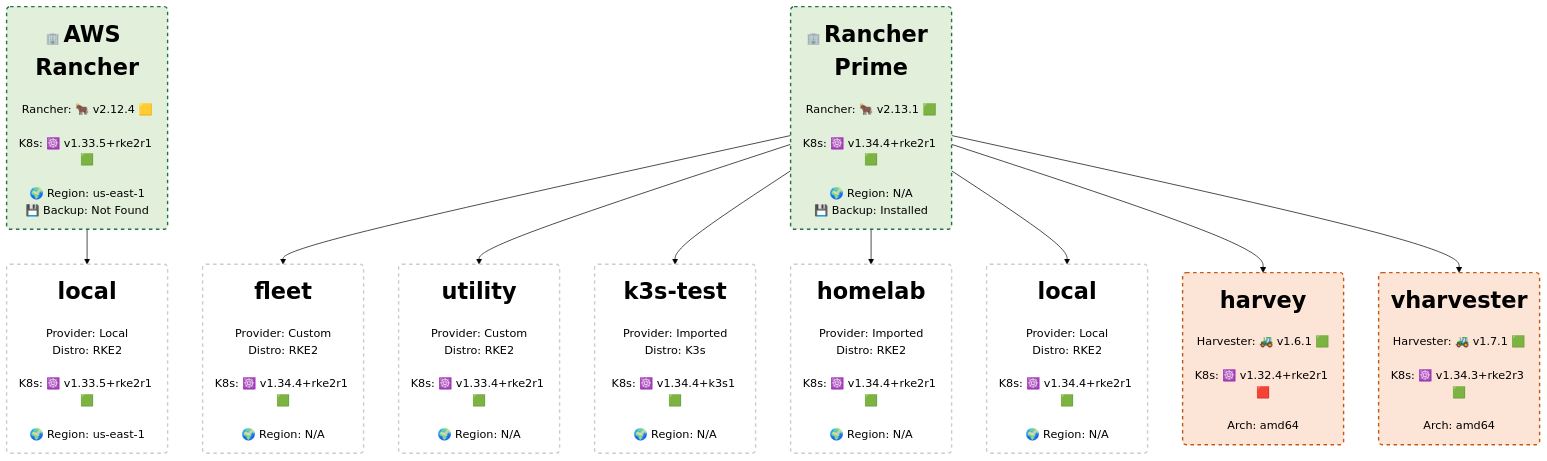
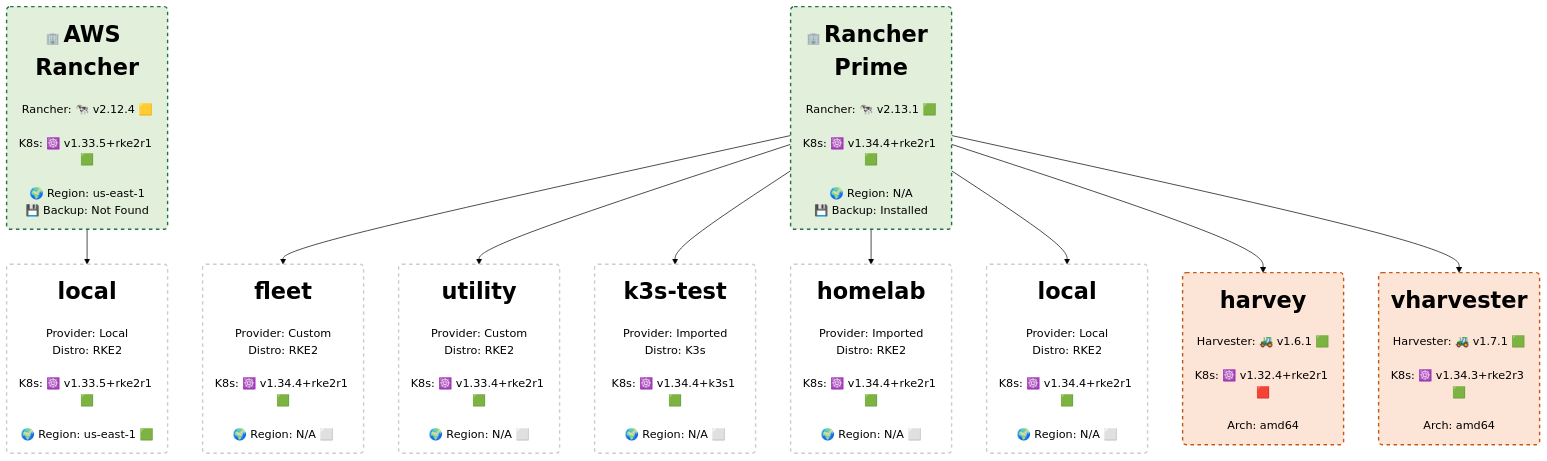
One commit to harrisonbc/rancher-audit changed the diagram in rancher_architecture.md. Above: the diagram before and after it, drawn with Mermaid (forest theme).

Commit message:
Add dynamic diagram

````diff
--- a/rancher_architecture.md
+++ b/rancher_architecture.md
@@ -1,35 +1,35 @@
 ```mermaid
 flowchart TD
     %% Rancher Architecture Topology
 
-    SERVER_0("🏢 <b style='font-size: 2em;'>AWS Rancher</b><br><br>Rancher: 🐂 v2.12.4 🟨<br><br>K8s: ☸️ v1.33.5+rke2r1 🟩<br><br>🌍 Region: us-east-1<br>💾 Backup: Not Found")
+    SERVER_0("🏢 <b style='font-size: 2em;'>AWS Rancher</b><br><br>Rancher: 🐄 v2.12.4 🟨<br><br>K8s: ☸️ v1.33.5+rke2r1 🟩<br><br>🌍 Region: us-east-1<br>💾 Backup: Not Found")
     style SERVER_0 fill:#e2efda,stroke:#217346,stroke-width:2px,stroke-dasharray: 5 5,color:#000000
-    SERVER_1("🏢 <b style='font-size: 2em;'>Rancher Prime</b><br><br>Rancher: 🐂 v2.13.1 🟩<br><br>K8s: ☸️ v1.34.4+rke2r1 🟩<br><br>🌍 Region: N/A<br>💾 Backup: Installed")
+    SERVER_1("🏢 <b style='font-size: 2em;'>Rancher Prime</b><br><br>Rancher: 🐄 v2.13.1 🟩<br><br>K8s: ☸️ v1.34.4+rke2r1 🟩<br><br>🌍 Region: N/A<br>💾 Backup: Installed")
     style SERVER_1 fill:#e2efda,stroke:#217346,stroke-width:2px,stroke-dasharray: 5 5,color:#000000
 
-    DS_0("<b style='font-size: 2em;'>local</b><br><br>Provider: Local<br>Distro: RKE2<br><br>K8s: ☸️ v1.33.5+rke2r1 🟩<br><br>🌍 Region: us-east-1")
+    DS_0("<b style='font-size: 2em;'>local</b><br><br>Provider: Local<br>Distro: RKE2<br><br>K8s: ☸️ v1.33.5+rke2r1 🟩<br><br>🌍 Region: us-east-1 🟩")
     style DS_0 fill:#ffffff,stroke:#cccccc,stroke-width:2px,stroke-dasharray: 5 5,color:#000000
     SERVER_0 --> DS_0
-    DS_1("<b style='font-size: 2em;'>fleet</b><br><br>Provider: Custom<br>Distro: RKE2<br><br>K8s: ☸️ v1.34.4+rke2r1 🟩<br><br>🌍 Region: N/A")
+    DS_1("<b style='font-size: 2em;'>fleet</b><br><br>Provider: Custom<br>Distro: RKE2<br><br>K8s: ☸️ v1.34.4+rke2r1 🟩<br><br>🌍 Region: N/A ⬜")
     style DS_1 fill:#ffffff,stroke:#cccccc,stroke-width:2px,stroke-dasharray: 5 5,color:#000000
     SERVER_1 --> DS_1
-    DS_2("<b style='font-size: 2em;'>utility</b><br><br>Provider: Custom<br>Distro: RKE2<br><br>K8s: ☸️ v1.33.4+rke2r1 🟩<br><br>🌍 Region: N/A")
+    DS_2("<b style='font-size: 2em;'>utility</b><br><br>Provider: Custom<br>Distro: RKE2<br><br>K8s: ☸️ v1.33.4+rke2r1 🟩<br><br>🌍 Region: N/A ⬜")
     style DS_2 fill:#ffffff,stroke:#cccccc,stroke-width:2px,stroke-dasharray: 5 5,color:#000000
     SERVER_1 --> DS_2
-    DS_3("<b style='font-size: 2em;'>k3s-test</b><br><br>Provider: Imported<br>Distro: K3s<br><br>K8s: ☸️ v1.34.4+k3s1 🟩<br><br>🌍 Region: N/A")
+    DS_3("<b style='font-size: 2em;'>k3s-test</b><br><br>Provider: Imported<br>Distro: K3s<br><br>K8s: ☸️ v1.34.4+k3s1 🟩<br><br>🌍 Region: N/A ⬜")
     style DS_3 fill:#ffffff,stroke:#cccccc,stroke-width:2px,stroke-dasharray: 5 5,color:#000000
     SERVER_1 --> DS_3
-    DS_4("<b style='font-size: 2em;'>homelab</b><br><br>Provider: Imported<br>Distro: RKE2<br><br>K8s: ☸️ v1.34.4+rke2r1 🟩<br><br>🌍 Region: N/A")
+    DS_4("<b style='font-size: 2em;'>homelab</b><br><br>Provider: Imported<br>Distro: RKE2<br><br>K8s: ☸️ v1.34.4+rke2r1 🟩<br><br>🌍 Region: N/A ⬜")
     style DS_4 fill:#ffffff,stroke:#cccccc,stroke-width:2px,stroke-dasharray: 5 5,color:#000000
     SERVER_1 --> DS_4
-    DS_5("<b style='font-size: 2em;'>local</b><br><br>Provider: Local<br>Distro: RKE2<br><br>K8s: ☸️ v1.34.4+rke2r1 🟩<br><br>🌍 Region: N/A")
+    DS_5("<b style='font-size: 2em;'>local</b><br><br>Provider: Local<br>Distro: RKE2<br><br>K8s: ☸️ v1.34.4+rke2r1 🟩<br><br>🌍 Region: N/A ⬜")
     style DS_5 fill:#ffffff,stroke:#cccccc,stroke-width:2px,stroke-dasharray: 5 5,color:#000000
     SERVER_1 --> DS_5
 
     HV_0("<b style='font-size: 2em;'>harvey</b><br><br>Harvester: 🚜 v1.6.1 🟩<br><br>K8s: ☸️ v1.32.4+rke2r1 🟥<br><br>Arch: amd64")
     style HV_0 fill:#fce4d6,stroke:#c65911,stroke-width:2px,stroke-dasharray: 5 5,color:#000000
     SERVER_1 --> HV_0
     HV_1("<b style='font-size: 2em;'>vharvester</b><br><br>Harvester: 🚜 v1.7.1 🟩<br><br>K8s: ☸️ v1.34.3+rke2r3 🟩<br><br>Arch: amd64")
     style HV_1 fill:#fce4d6,stroke:#c65911,stroke-width:2px,stroke-dasharray: 5 5,color:#000000
     SERVER_1 --> HV_1
 ```
````
